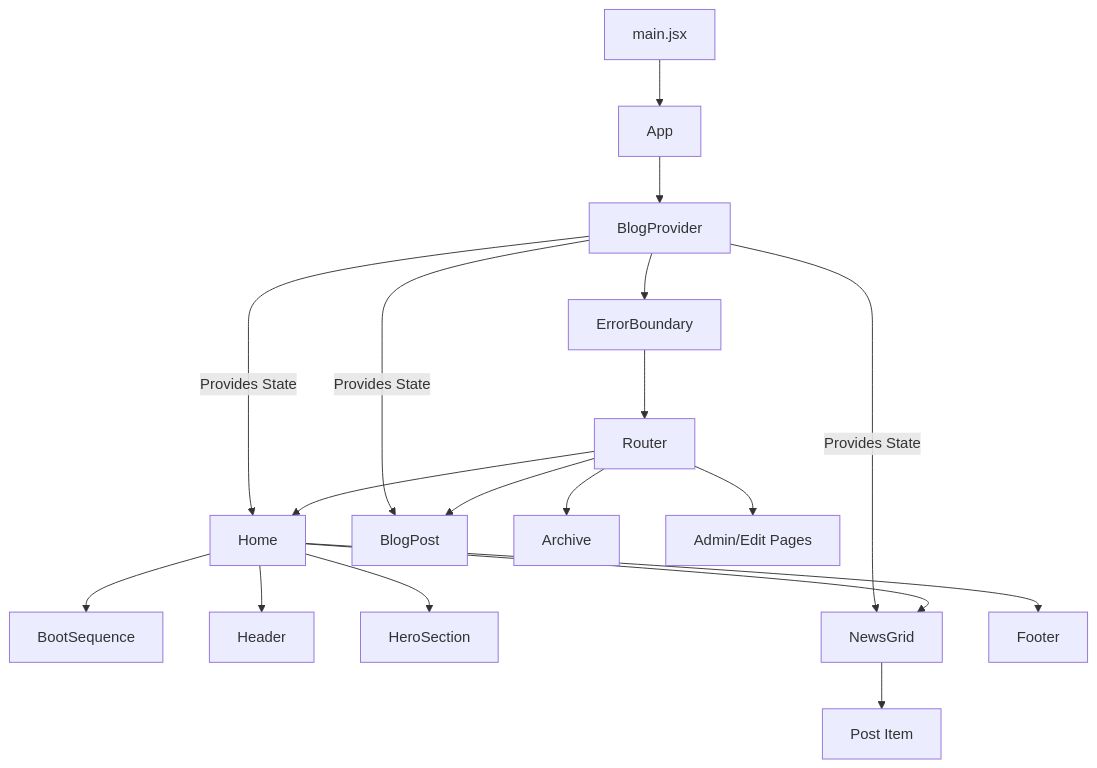
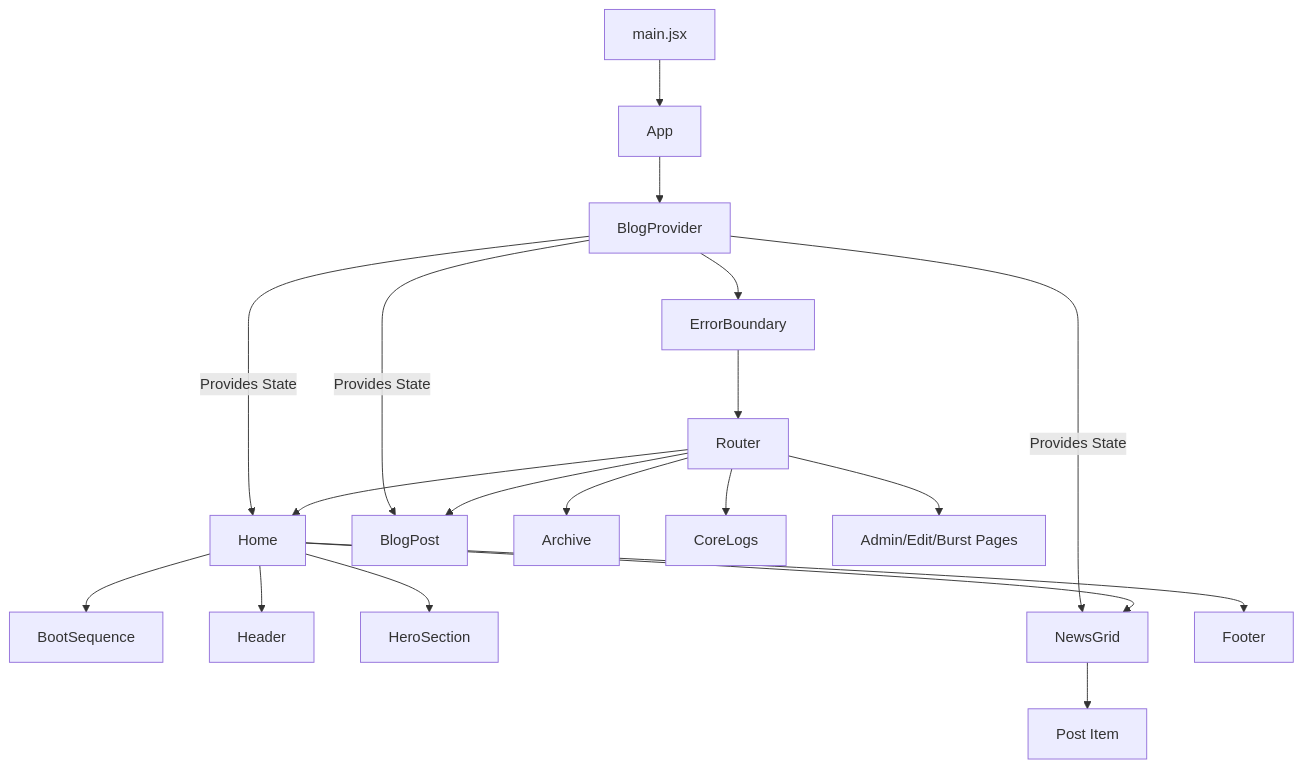
One commit to Ankitkumar72/AVARICIOUS changed the diagram in structure.md. Above: the diagram before and after it, drawn with Mermaid. The commit also changed other lines of this file and 1 other file, not shown here.

````diff
--- a/structure.md
+++ b/structure.md
@@ -41,24 +50,25 @@
 ```mermaid
 graph TD
     index[main.jsx] --> App
     App --> BlogProvider
     BlogProvider --> ErrorBoundary
     ErrorBoundary --> Router
     
     Router --> Home
     Router --> BlogPost
     Router --> Archive
-    Router --> AdminPages[Admin/Edit Pages]
+    Router --> CoreLogs
+    Router --> AdminPages[Admin/Edit/Burst Pages]
     
     Home --> BootSequence
     Home --> Header
     Home --> HeroSection
     Home --> NewsGrid
     Home --> Footer
     
     NewsGrid --> PostCard[Post Item]
     
     BlogProvider -- Provides State --> Home
     BlogProvider -- Provides State --> NewsGrid
     BlogProvider -- Provides State --> BlogPost
 ```
````
